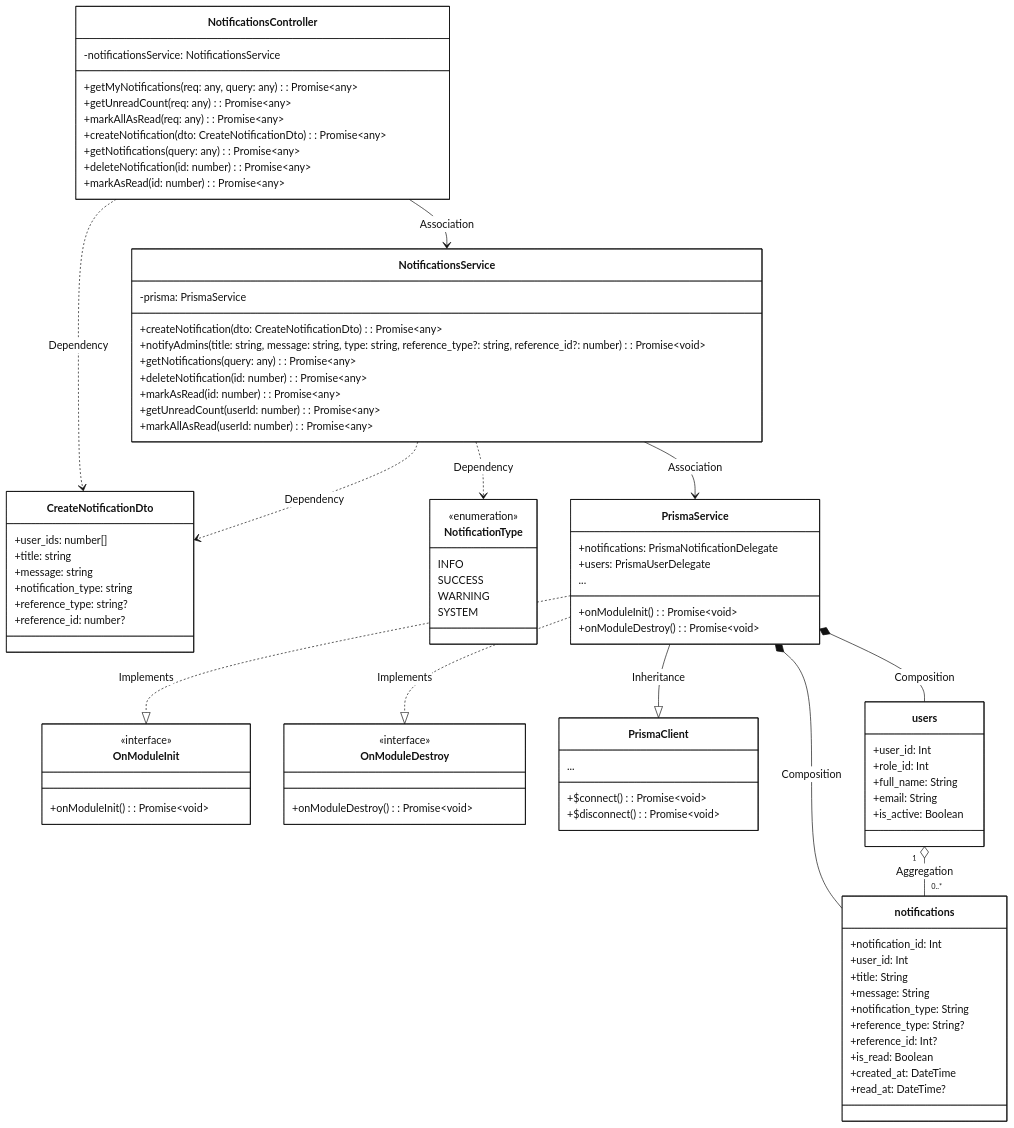
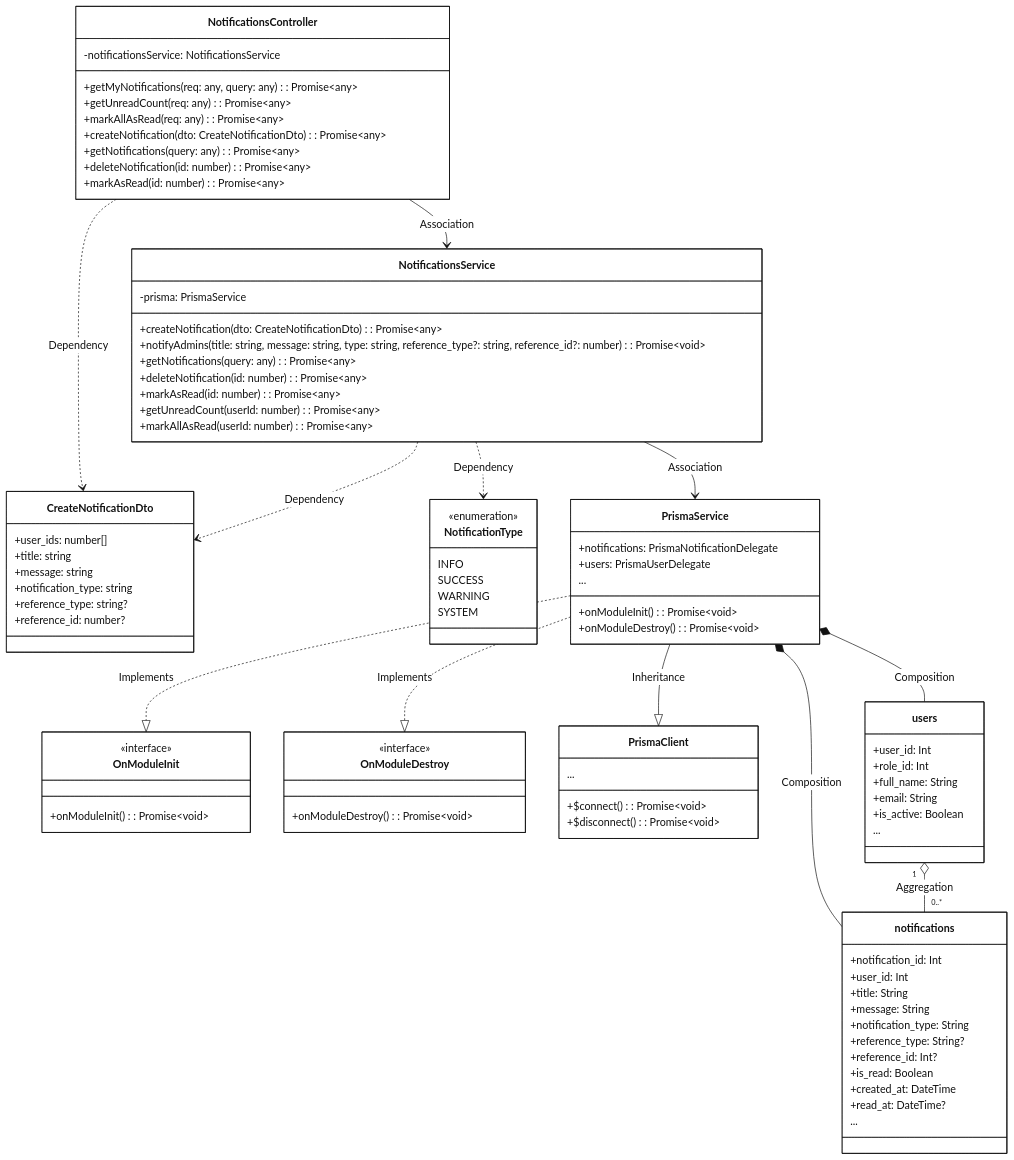
Before and after one commit to CuongBC195/class-diagram-donation-blood: the first of 3 diagrams in modules_mermaid/11_notifications.md, drawn with Mermaid. The commit also changed other lines of this file and 39 other files, not shown here.

Commit message:
fix(diagrams): apply strict ellipsis rules and synchronize entity/DTO relationships across all 13 modules

```diff
--- a/modules_mermaid/11_notifications.md
+++ b/modules_mermaid/11_notifications.md
@@ -82,6 +82,7 @@
   +is_read: Boolean
   +created_at: DateTime
   +read_at: DateTime?
+  ...
 }
 
 class users {
@@ -90,6 +91,7 @@
   +full_name: String
   +email: String
   +is_active: Boolean
+  ...
 }
 
 NotificationsController --> NotificationsService : Association
```
